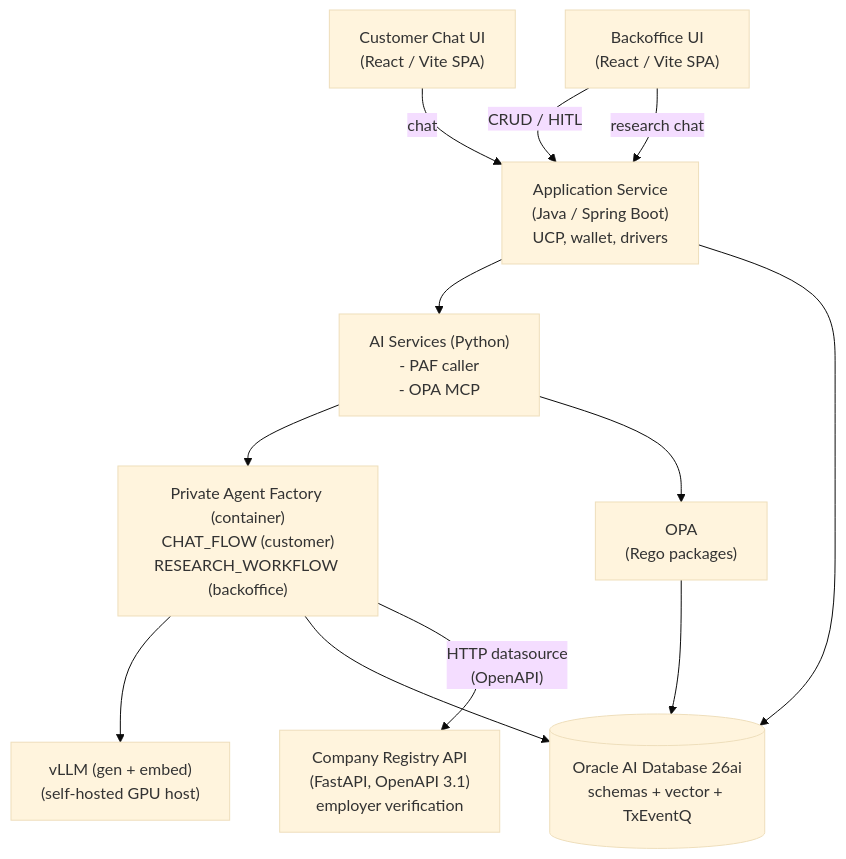
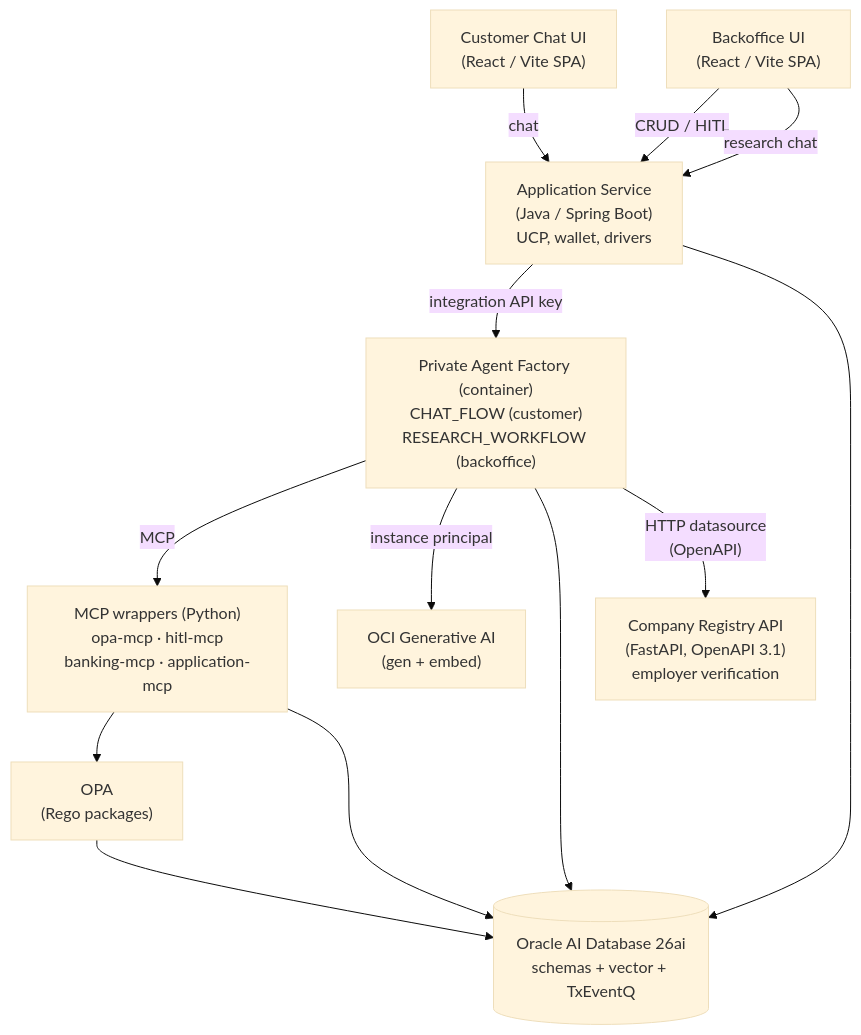
Before and after one commit to vmleon/oracle-database-private-agent-factory-poc: the diagram in docs/DESIGN.md, drawn with Mermaid (base theme). The commit also changed other lines of this file and 69 other files, not shown here.

````diff
--- a/docs/DESIGN.md
+++ b/docs/DESIGN.md
@@ -41,24 +40,25 @@
 ```mermaid
 flowchart TB
     customer["Customer Chat UI<br/>(React / Vite SPA)"]
     backoffice["Backoffice UI<br/>(React / Vite SPA)"]
     appsvc["Application Service<br/>(Java / Spring Boot)<br/>UCP, wallet, drivers"]
-    ai["AI Services (Python)<br/>- PAF caller<br/>- OPA MCP"]
+    ai["MCP wrappers (Python)<br/>opa-mcp · hitl-mcp<br/>banking-mcp · application-mcp"]
     registry["Company Registry API<br/>(FastAPI, OpenAPI 3.1)<br/>employer verification"]
     paf["Private Agent Factory (container)<br/>CHAT_FLOW (customer)<br/>RESEARCH_WORKFLOW (backoffice)"]
     opa["OPA<br/>(Rego packages)"]
-    vllm["vLLM (gen + embed)<br/>(self-hosted GPU host)"]
+    genai["OCI Generative AI<br/>(gen + embed)"]
     db[("Oracle AI Database 26ai<br/>schemas + vector + TxEventQ")]
 
     customer -- chat --> appsvc
     backoffice -- "CRUD / HITL" --> appsvc
     backoffice -- "research chat" --> appsvc
-    appsvc --> ai
-    ai --> paf
+    appsvc -- "integration API key" --> paf
+    paf -- "MCP" --> ai
     ai --> opa
-    paf --> vllm
+    ai --> db
+    paf -- "instance principal" --> genai
     paf --> db
     paf -- "HTTP datasource<br/>(OpenAPI)" --> registry
     opa --> db
     appsvc --> db
 ```
````
